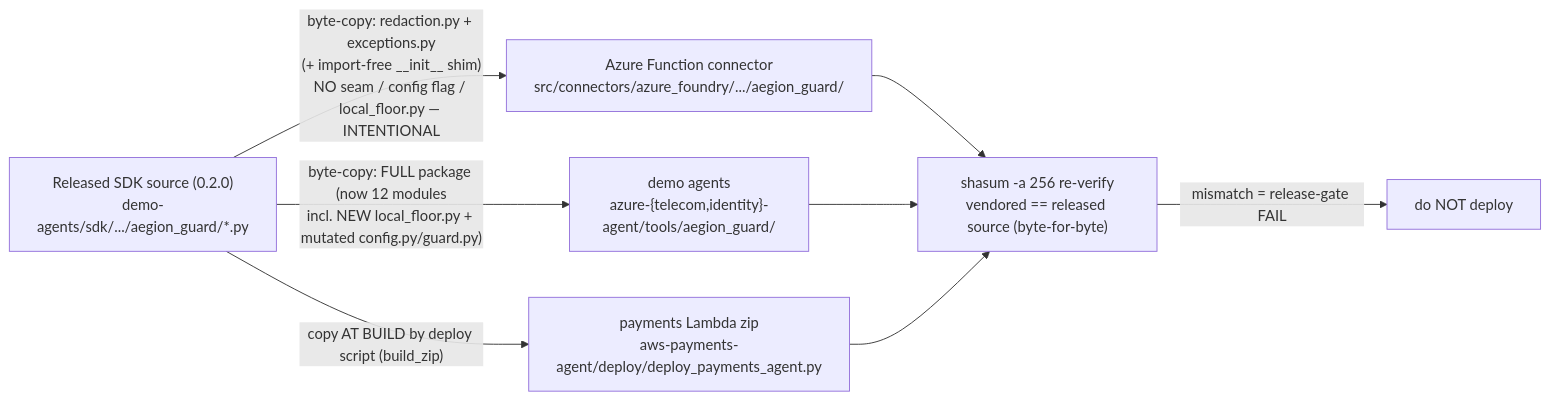
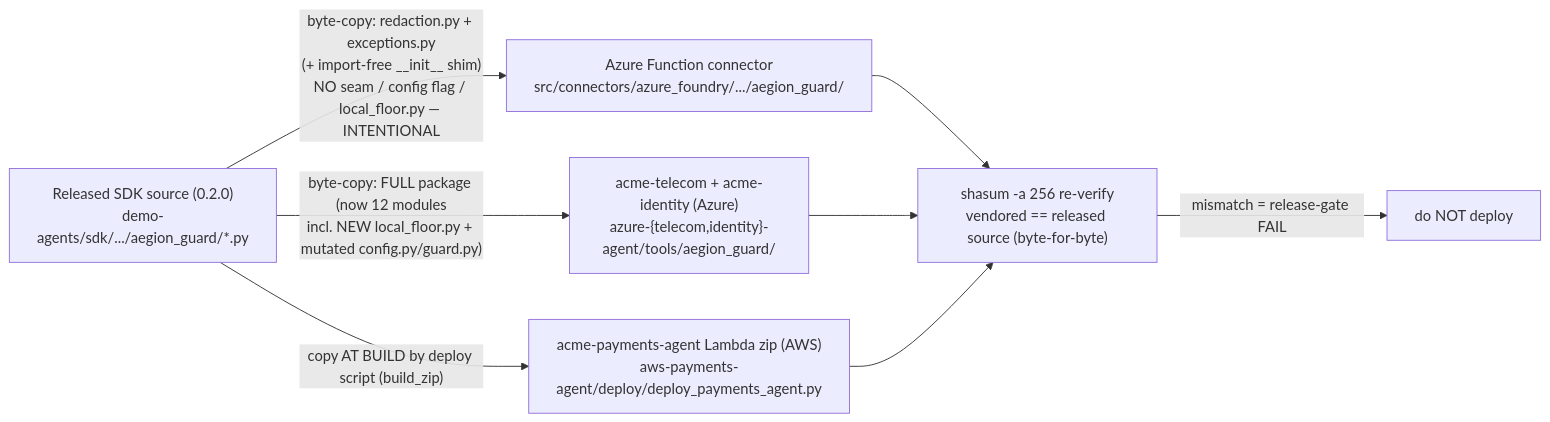
Before and after one commit to shashank31mar/Sentra: the second of 2 diagrams in lld/36-sdk-release-and-local-floor-seam.md, drawn with Mermaid. The commit also changed other lines of this file and 1 other file, not shown here.

First line of the commit message:
lld/36: apply founder PDF comments (5) — why-now/interpreter-vs-interceptor callout, acme-* fleet re-vendor, empty-page fix

````diff
--- a/lld/36-sdk-release-and-local-floor-seam.md
+++ b/lld/36-sdk-release-and-local-floor-seam.md
@@ -283,11 +296,11 @@
 ```mermaid
 flowchart LR
   SRC["Released SDK source (0.2.0)<br/>demo-agents/sdk/.../aegion_guard/*.py"]
   SRC -->|"byte-copy: redaction.py + exceptions.py<br/>(+ import-free __init__ shim)<br/>NO seam / config flag / local_floor.py — INTENTIONAL"| AZ["Azure Function connector<br/>src/connectors/azure_foundry/.../aegion_guard/"]
-  SRC -->|"byte-copy: FULL package (now 12 modules<br/>incl. NEW local_floor.py + mutated config.py/guard.py)"| DEMO["demo agents<br/>azure-{telecom,identity}-agent/tools/aegion_guard/"]
-  SRC -->|"copy AT BUILD by deploy script (build_zip)"| PAY["payments Lambda zip<br/>aws-payments-agent/deploy/deploy_payments_agent.py"]
+  SRC -->|"byte-copy: FULL package (now 12 modules<br/>incl. NEW local_floor.py + mutated config.py/guard.py)"| DEMO["acme-telecom + acme-identity (Azure)<br/>azure-{telecom,identity}-agent/tools/aegion_guard/"]
+  SRC -->|"copy AT BUILD by deploy script (build_zip)"| PAY["acme-payments-agent Lambda zip (AWS)<br/>aws-payments-agent/deploy/deploy_payments_agent.py"]
   AZ --> V["shasum -a 256 re-verify<br/>vendored == released source (byte-for-byte)"]
   DEMO --> V
   PAY --> V
   V -->|"mismatch = release-gate FAIL"| STOP["do NOT deploy"]
 ```
````
